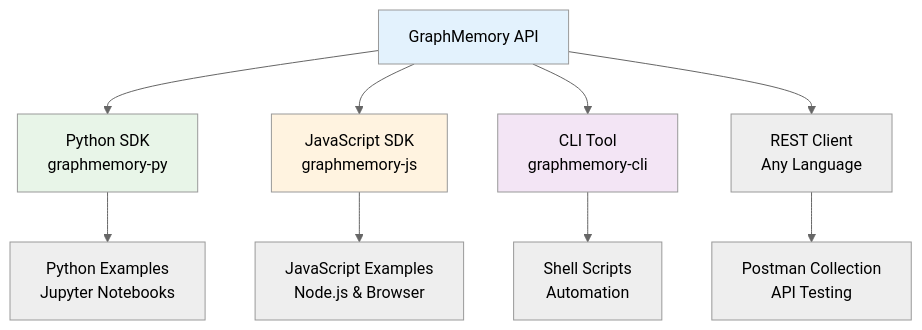
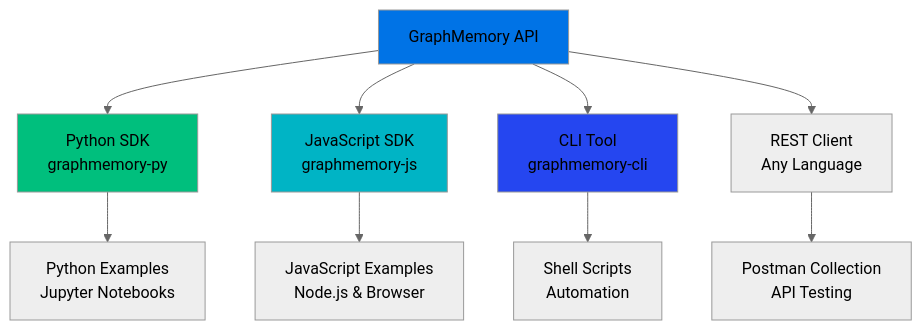
Before and after one commit to elementalcollision/GraphMemory-IDE: diagram 14 of 17 in README.md, drawn with Mermaid (neutral theme). The commit also changed other lines of this file, not shown here.

Commit message:
feat: Apply vibrant color palette to all Mermaid diagrams for improved readability and visual consistency

````diff
--- a/README.md
+++ b/README.md
@@ -1026,17 +1026,17 @@
 ```mermaid
 graph TD
     API[GraphMemory API] --> PYTHON[Python SDK<br/>graphmemory-py]
     API --> JS[JavaScript SDK<br/>graphmemory-js]
     API --> CLI[CLI Tool<br/>graphmemory-cli]
     API --> REST[REST Client<br/>Any Language]
     
     PYTHON --> EXAMPLES_PY[Python Examples<br/>Jupyter Notebooks]
     JS --> EXAMPLES_JS[JavaScript Examples<br/>Node.js & Browser]
     CLI --> SCRIPTS[Shell Scripts<br/>Automation]
     REST --> POSTMAN[Postman Collection<br/>API Testing]
     
-    style API fill:#e3f2fd
-    style PYTHON fill:#e8f5e8
-    style JS fill:#fff3e0
-    style CLI fill:#f3e5f5
+    style API fill:#0073e6
+    style PYTHON fill:#00bf7d
+    style JS fill:#00b4c5
+    style CLI fill:#2546f0
 ```
````
